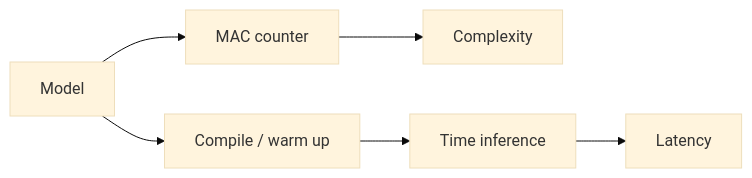
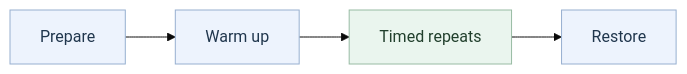
Before and after one commit to ZaberKo/torch-kirigami: the diagram in docs/measurement.md, drawn with Mermaid (base theme). The commit also changed other lines of this file and 43 other files, not shown here.

````diff
--- a/docs/measurement.md
+++ b/docs/measurement.md
@@ -47,8 +61,8 @@
 ```mermaid
 flowchart LR
-    Model["Model"] --> Count["MAC counter"]
-    Count --> Complexity["Complexity"]
-    Model --> Prepare["Compile / warm up"]
-    Prepare --> Time["Time inference"]
-    Time --> Latency["Latency"]
+    prepare["Prepare"] --> warmup["Warm up"] --> timed["Timed repeats"] --> restore["Restore"]
+    classDef outside fill:#edf3fd,stroke:#97afd0,color:#20364d
+    classDef timed fill:#eaf5ee,stroke:#98bba3,color:#213f2c
+    class prepare,warmup,restore outside
+    class timed timed
 ```
````
